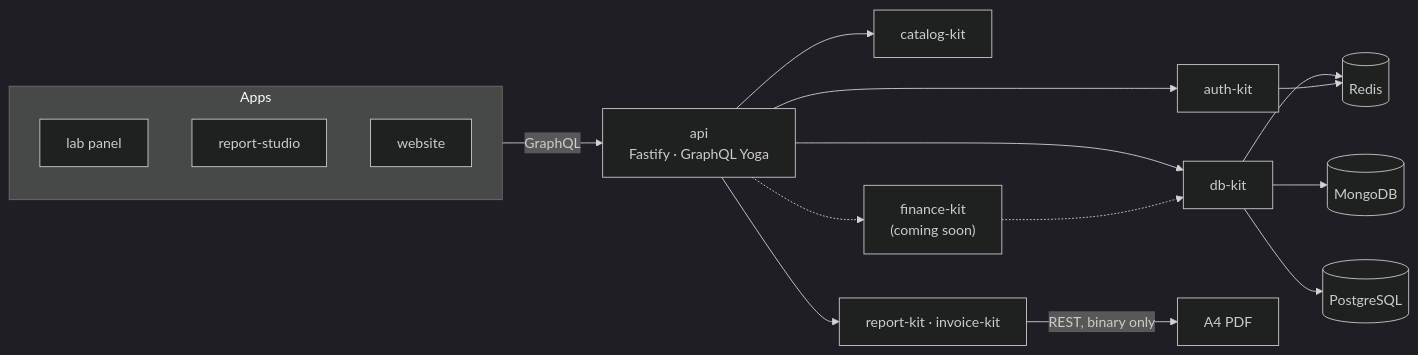
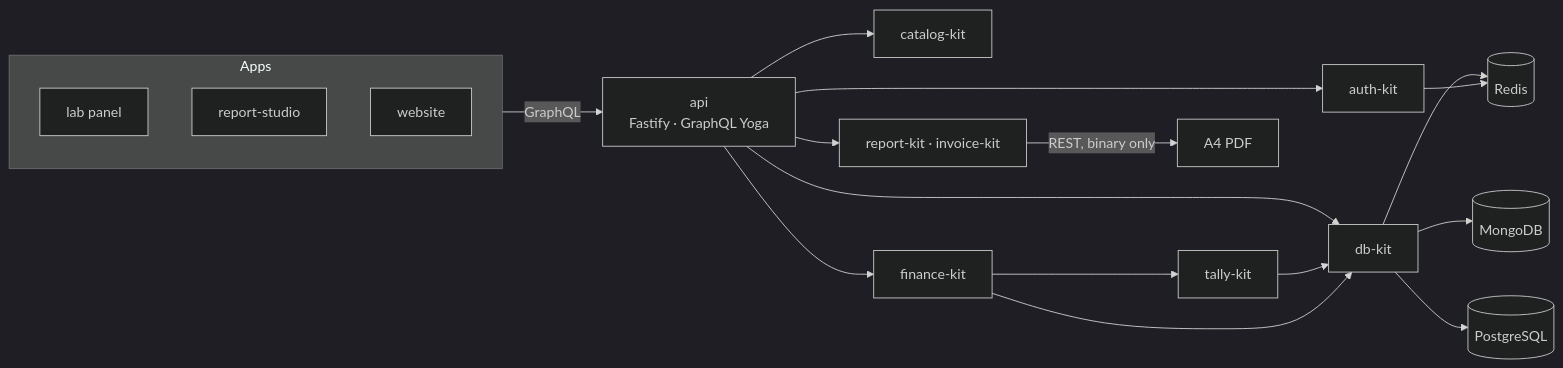
The diagram in profile/README.md (mgpl-diagnostics/.github), drawn with Mermaid (dark theme) before and after one commit. The commit also changed other lines of this file and 2 other files, not shown here.

First line of the commit message:
docs: profile — tally-kit and finance-kit are live (#7)

````diff
--- a/profile/README.md
+++ b/profile/README.md
@@ -89,20 +100,22 @@
 ```mermaid
 flowchart LR
   subgraph Apps
     P[lab panel]
     S[report-studio]
     W[website]
   end
   Apps -->|"GraphQL"| API["api<br/>Fastify · GraphQL Yoga"]
   API --> AUTH[auth-kit]
   API --> DB[db-kit]
   API --> CAT[catalog-kit]
   API --> RND["report-kit · invoice-kit"]
-  API -.-> FIN["finance-kit<br/>(coming soon)"]
-  FIN -.-> DB
+  API --> FIN[finance-kit]
+  FIN --> BOOKS[tally-kit]
+  BOOKS --> DB
+  FIN --> DB
   DB --> M[(MongoDB)]
   DB --> PG[(PostgreSQL)]
   DB --> R[(Redis)]
   AUTH --> R
   RND -->|"REST, binary only"| PDF["A4 PDF"]
 ```
````
